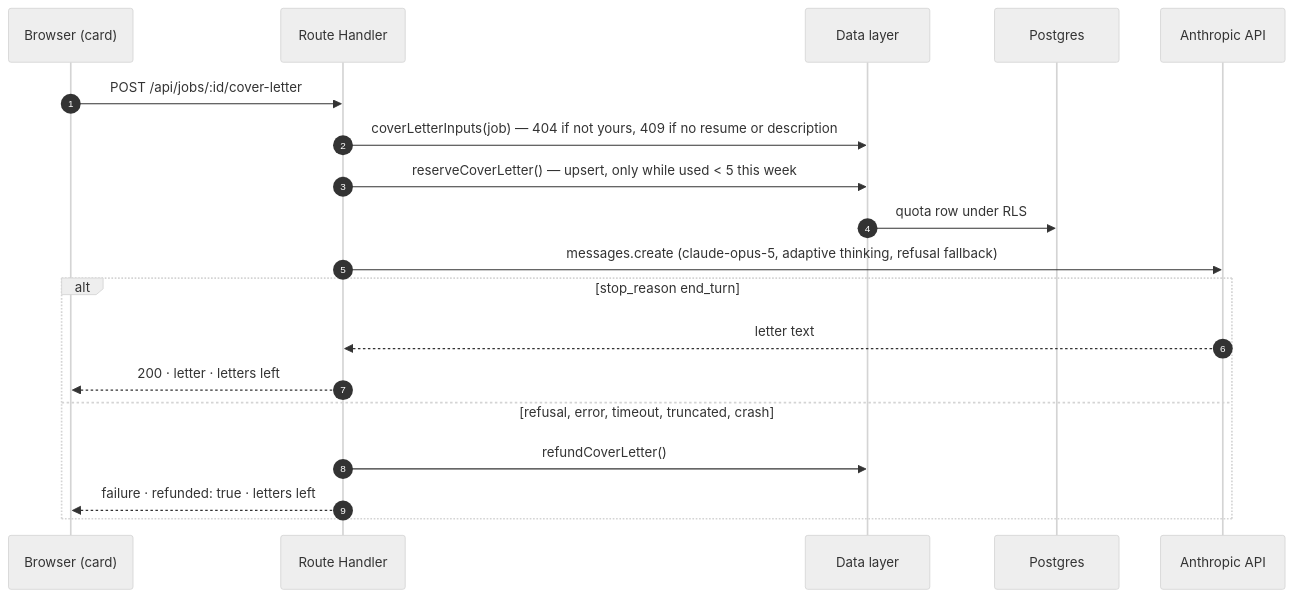
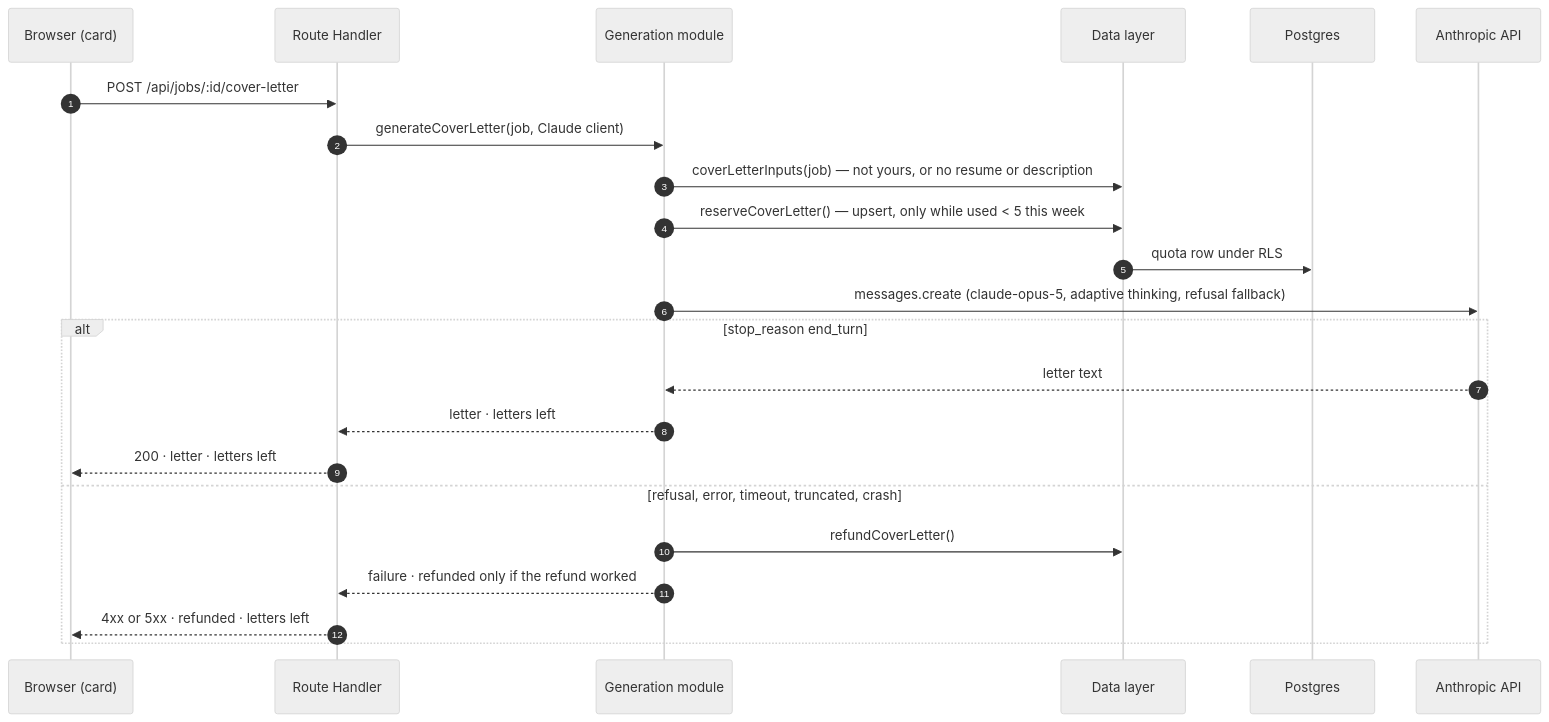
The fifth of 6 diagrams in docs/architecture.md (craigblunden/trailhead), drawn with Mermaid (neutral theme) before and after one commit. The commit also changed other lines of this file and 56 other files, not shown here.

````diff
--- a/docs/architecture.md
+++ b/docs/architecture.md
@@ -147,22 +147,26 @@
 ```mermaid
 sequenceDiagram
   autonumber
   participant B as Browser (card)
   participant R as Route Handler
+  participant G as Generation module
   participant D as Data layer
   participant PG as Postgres
   participant C as Anthropic API
 
   B->>R: POST /api/jobs/:id/cover-letter
-  R->>D: coverLetterInputs(job) — 404 if not yours, 409 if no resume or description
-  R->>D: reserveCoverLetter() — upsert, only while used < 5 this week
+  R->>G: generateCoverLetter(job, Claude client)
+  G->>D: coverLetterInputs(job) — not yours, or no resume or description
+  G->>D: reserveCoverLetter() — upsert, only while used < 5 this week
   D->>PG: quota row under RLS
-  R->>C: messages.create (claude-opus-5, adaptive thinking, refusal fallback)
+  G->>C: messages.create (claude-opus-5, adaptive thinking, refusal fallback)
   alt stop_reason end_turn
-    C-->>R: letter text
+    C-->>G: letter text
+    G-->>R: letter · letters left
     R-->>B: 200 · letter · letters left
   else refusal, error, timeout, truncated, crash
-    R->>D: refundCoverLetter()
-    R-->>B: failure · refunded: true · letters left
+    G->>D: refundCoverLetter()
+    G-->>R: failure · refunded only if the refund worked
+    R-->>B: 4xx or 5xx · refunded · letters left
   end
 ```
````
